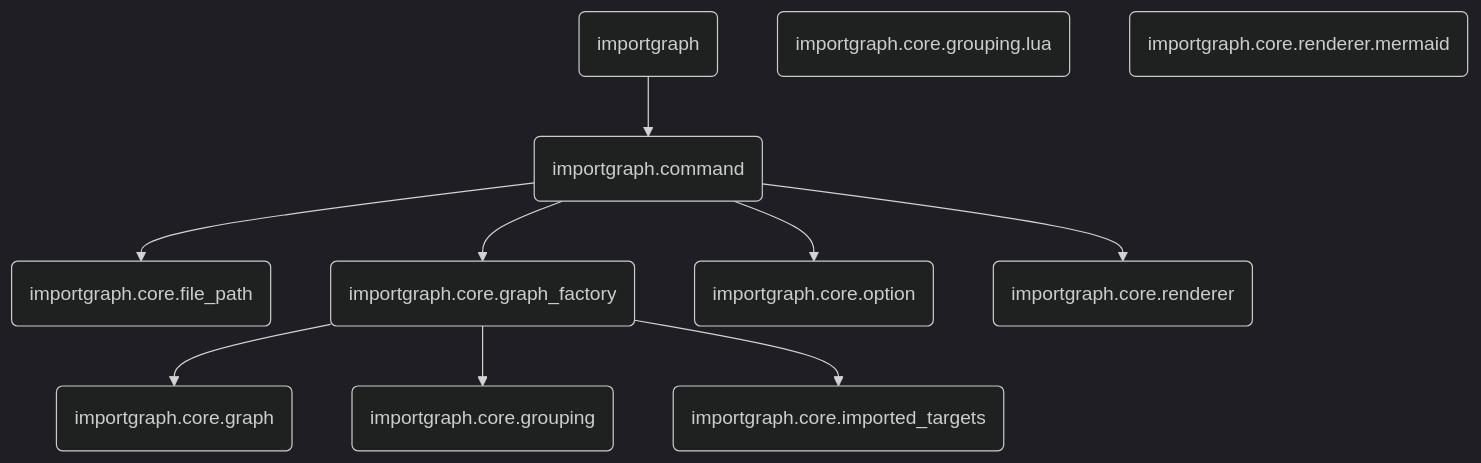
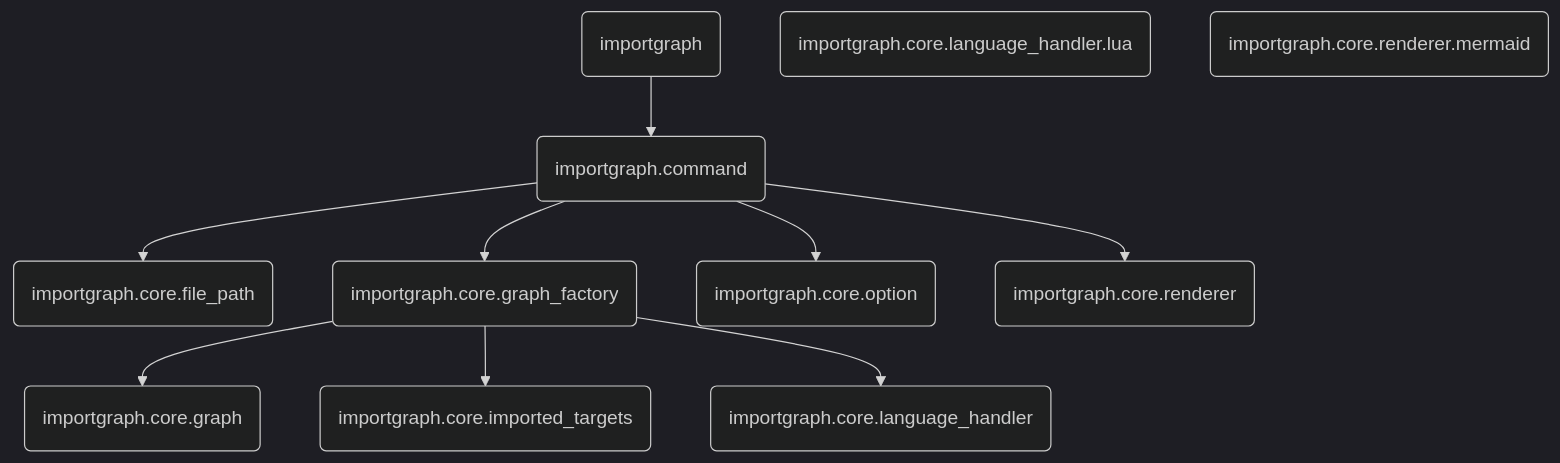
One commit to notomo/importgraph.nvim changed the diagram in README.md. Above: the diagram before and after it, drawn with Mermaid (dark theme). The commit also changed 4 other files, not shown here.

Commit message:
Small refactor language_handler

````diff
--- a/README.md
+++ b/README.md
@@ -23,19 +23,19 @@
 ```mermaid
 graph TB
   1(importgraph) --> 2(importgraph.command)
   2(importgraph.command) --> 3(importgraph.core.file_path)
   2(importgraph.command) --> 4(importgraph.core.graph_factory)
   2(importgraph.command) --> 5(importgraph.core.option)
   2(importgraph.command) --> 6(importgraph.core.renderer)
   3(importgraph.core.file_path)
   7(importgraph.core.graph)
   4(importgraph.core.graph_factory) --> 7(importgraph.core.graph)
-  4(importgraph.core.graph_factory) --> 8(importgraph.core.grouping)
-  4(importgraph.core.graph_factory) --> 9(importgraph.core.imported_targets)
-  8(importgraph.core.grouping)
-  10(importgraph.core.grouping.lua)
-  9(importgraph.core.imported_targets)
+  4(importgraph.core.graph_factory) --> 8(importgraph.core.imported_targets)
+  4(importgraph.core.graph_factory) --> 9(importgraph.core.language_handler)
+  8(importgraph.core.imported_targets)
+  9(importgraph.core.language_handler)
+  10(importgraph.core.language_handler.lua)
   5(importgraph.core.option)
   6(importgraph.core.renderer)
   11(importgraph.core.renderer.mermaid)
 ```
````
